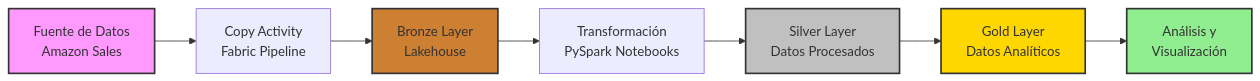
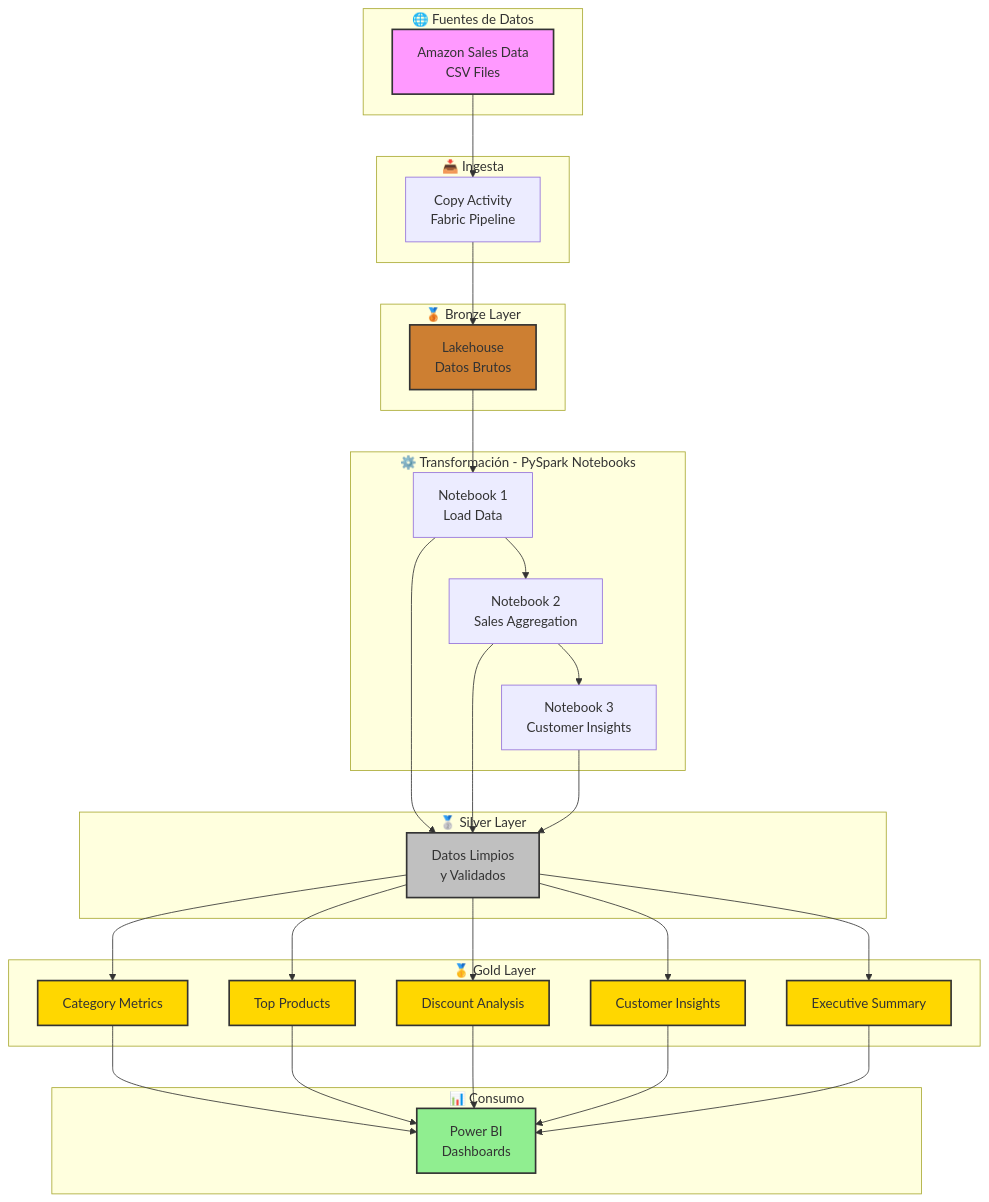
The first of 3 diagrams in README.md (evaristodataengineer/Fabric-ETL-Dataset-Amazon-Sales---Pipeline-Driven-Approach), drawn with Mermaid before and after one commit. The commit also changed other lines of this file, not shown here.

````diff
--- a/README.md
+++ b/README.md
@@ -27,15 +57,65 @@
 ```mermaid
-flowchart LR
-    A[Fuente de Datos<br/>Amazon Sales] --> B[Copy Activity<br/>Fabric Pipeline]
-    B --> C[Bronze Layer<br/>Lakehouse]
-    C --> D[Transformación<br/>PySpark Notebooks]
-    D --> E[Silver Layer<br/>Datos Procesados]
-    E --> F[Gold Layer<br/>Datos Analíticos]
-    F --> G[Análisis y<br/>Visualización]
+flowchart TB
+    subgraph Fuentes["🌐 Fuentes de Datos"]
+        A[Amazon Sales Data<br/>CSV Files]
+    end
+    
+    subgraph Ingesta["📥 Ingesta"]
+        B[Copy Activity<br/>Fabric Pipeline]
+    end
+    
+    subgraph Bronze["🥉 Bronze Layer"]
+        C[Lakehouse<br/>Datos Brutos]
+    end
+    
+    subgraph Transformacion["⚙️ Transformación - PySpark Notebooks"]
+        D1[Notebook 1<br/>Load Data]
+        D2[Notebook 2<br/>Sales Aggregation]
+        D3[Notebook 3<br/>Customer Insights]
+    end
+    
+    subgraph Silver["🥈 Silver Layer"]
+        E[Datos Limpios<br/>y Validados]
+    end
+    
+    subgraph Gold["🥇 Gold Layer"]
+        F1[Category Metrics]
+        F2[Top Products]
+        F3[Discount Analysis]
+        F4[Customer Insights]
+        F5[Executive Summary]
+    end
+    
+    subgraph Consumo["📊 Consumo"]
+        G[Power BI<br/>Dashboards]
+    end
+    
+    A --> B
+    B --> C
+    C --> D1
+    D1 --> D2
+    D2 --> D3
+    D1 --> E
+    D2 --> E
+    D3 --> E
+    E --> F1
+    E --> F2
+    E --> F3
+    E --> F4
+    E --> F5
+    F1 --> G
+    F2 --> G
+    F3 --> G
+    F4 --> G
+    F5 --> G
     
     style A fill:#f9f,stroke:#333,stroke-width:2px
     style C fill:#cd7f32,stroke:#333,stroke-width:2px
     style E fill:#c0c0c0,stroke:#333,stroke-width:2px
-    style F fill:#ffd700,stroke:#333,stroke-width:2px
+    style F1 fill:#ffd700,stroke:#333,stroke-width:2px
+    style F2 fill:#ffd700,stroke:#333,stroke-width:2px
+    style F3 fill:#ffd700,stroke:#333,stroke-width:2px
+    style F4 fill:#ffd700,stroke:#333,stroke-width:2px
+    style F5 fill:#ffd700,stroke:#333,stroke-width:2px
     style G fill:#90EE90,stroke:#333,stroke-width:2px
 ```
````
